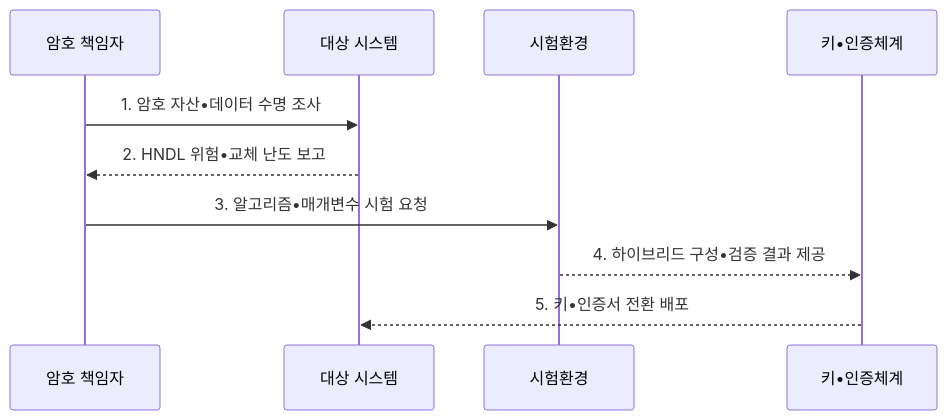
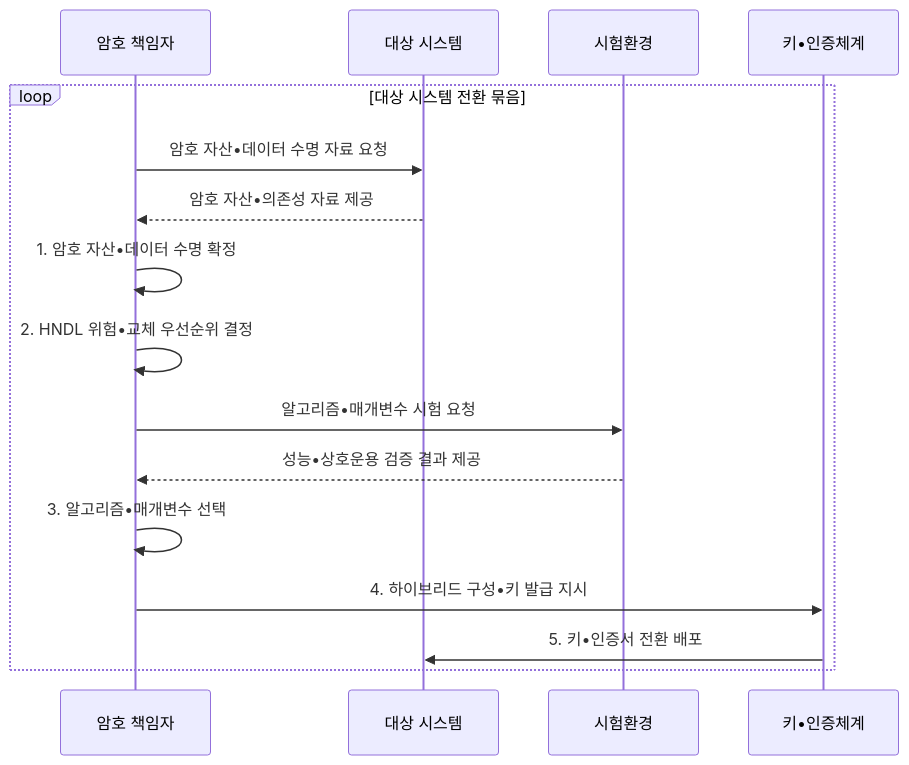
The second of 2 diagrams in src/content/docs/notes/07-law-policy/039_nist_pqc_fips.md (agnusdei1207/knowledge-base), drawn with Mermaid before and after one commit. The commit also changed other lines of this file and 20 other files, not shown here.

````diff
--- a/src/content/docs/notes/07-law-policy/039_nist_pqc_fips.md
+++ b/src/content/docs/notes/07-law-policy/039_nist_pqc_fips.md
@@ -105,12 +105,18 @@
 ```mermaid
 sequenceDiagram
     participant O as 암호 책임자
     participant S as 대상 시스템
     participant T as 시험환경
     participant K as 키•인증체계
-    O->>S: 1. 암호 자산•데이터 수명 조사
-    S-->>O: 2. HNDL 위험•교체 난도 보고
-    O->>T: 3. 알고리즘•매개변수 시험 요청
-    T-->>K: 4. 하이브리드 구성•검증 결과 제공
-    K-->>S: 5. 키•인증서 전환 배포
+    loop 대상 시스템 전환 묶음
+        O->>S: 암호 자산•데이터 수명 자료 요청
+        S-->>O: 암호 자산•의존성 자료 제공
+        O->>O: 1. 암호 자산•데이터 수명 확정
+        O->>O: 2. HNDL 위험•교체 우선순위 결정
+        O->>T: 알고리즘•매개변수 시험 요청
+        T-->>O: 성능•상호운용 검증 결과 제공
+        O->>O: 3. 알고리즘•매개변수 선택
+        O->>K: 4. 하이브리드 구성•키 발급 지시
+        K->>S: 5. 키•인증서 전환 배포
+    end
 ```
````
